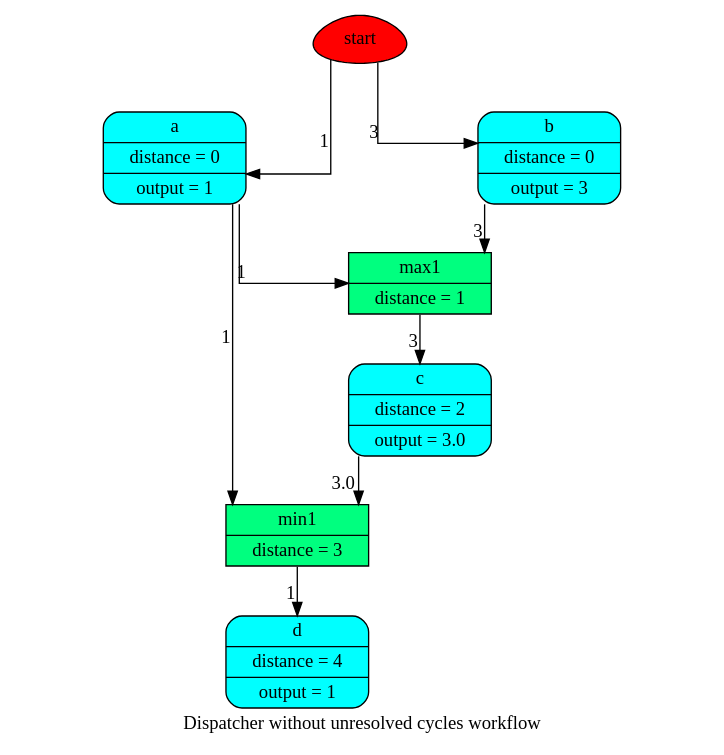
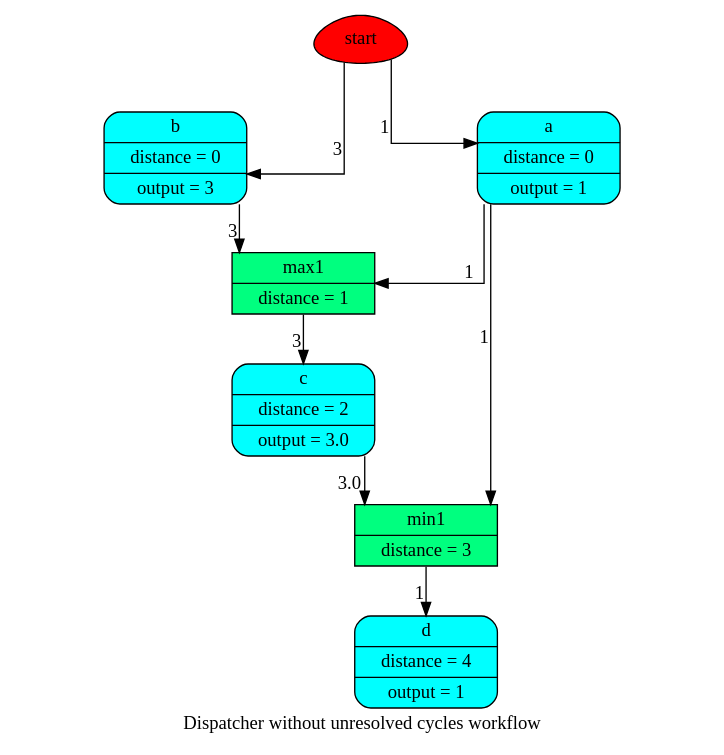
One commit to vinci1it2000/schedula changed the diagram in doc/dispatcher/__init__/remove_cycles/wf_rm_cycles.dot. Above: the diagram before and after it, drawn with Graphviz. The commit also changed 26 other files, not shown here.

```diff
--- a/doc/dispatcher/__init__/remove_cycles/wf_rm_cycles.dot
+++ b/doc/dispatcher/__init__/remove_cycles/wf_rm_cycles.dot
@@ -1,21 +1,21 @@
 digraph "Dispatcher without unresolved cycles" {
 	graph [ratio=1]
 	node [style=filled]
+	splines = ortho
 	label = "Dispatcher without unresolved cycles workflow"
-	splines = ortho
-		"Dispatcher without unresolved cycles_4372619576" [label=start fillcolor=red shape=egg]
-		"Dispatcher without unresolved cycles_483858525469303520" [label="{ a | distance = 0 | output = 1 }" fillcolor=cyan shape=Mrecord]
-		"Dispatcher without unresolved cycles_-6823583014979401292" [label="{ min1 | distance = 3 }" fillcolor=springgreen shape=record]
-		"Dispatcher without unresolved cycles_-8490501165579404505" [label="{ b | distance = 0 | output = 3 }" fillcolor=cyan shape=Mrecord]
-		"Dispatcher without unresolved cycles_2483061293966101162" [label="{ c | distance = 2 | output = 3.0 }" fillcolor=cyan shape=Mrecord]
-		"Dispatcher without unresolved cycles_-4481680193965843537" [label="{ d | distance = 4 | output = 1 }" fillcolor=cyan shape=Mrecord]
-		"Dispatcher without unresolved cycles_-3390000628973274625" [label="{ max1 | distance = 1 }" fillcolor=springgreen shape=record]
-			"Dispatcher without unresolved cycles_483858525469303520" -> "Dispatcher without unresolved cycles_-6823583014979401292" [xlabel=1]
-			"Dispatcher without unresolved cycles_483858525469303520" -> "Dispatcher without unresolved cycles_-3390000628973274625" [xlabel=1]
-			"Dispatcher without unresolved cycles_-6823583014979401292" -> "Dispatcher without unresolved cycles_-4481680193965843537" [xlabel=1]
-			"Dispatcher without unresolved cycles_-8490501165579404505" -> "Dispatcher without unresolved cycles_-3390000628973274625" [xlabel=3]
-			"Dispatcher without unresolved cycles_4372619576" -> "Dispatcher without unresolved cycles_483858525469303520" [xlabel=1]
-			"Dispatcher without unresolved cycles_4372619576" -> "Dispatcher without unresolved cycles_-8490501165579404505" [xlabel=3]
-			"Dispatcher without unresolved cycles_2483061293966101162" -> "Dispatcher without unresolved cycles_-6823583014979401292" [xlabel=3.0]
-			"Dispatcher without unresolved cycles_-3390000628973274625" -> "Dispatcher without unresolved cycles_2483061293966101162" [xlabel=3]
+		"Dispatcher without unresolved cycles_4373676344" [label=start fillcolor=red shape=egg]
+		"Dispatcher without unresolved cycles_-4863238121632644504" [label="{ b | distance = 0 | output = 3 }" fillcolor=cyan shape=Mrecord]
+		"Dispatcher without unresolved cycles_-5827508458787275582" [label="{ max1 | distance = 1 }" fillcolor=springgreen shape=record]
+		"Dispatcher without unresolved cycles_-7525193253846915964" [label="{ c | distance = 2 | output = 3.0 }" fillcolor=cyan shape=Mrecord]
+		"Dispatcher without unresolved cycles_2204486394149653195" [label="{ d | distance = 4 | output = 1 }" fillcolor=cyan shape=Mrecord]
+		"Dispatcher without unresolved cycles_5281915415694126460" [label="{ a | distance = 0 | output = 1 }" fillcolor=cyan shape=Mrecord]
+		"Dispatcher without unresolved cycles_-2659136634860784578" [label="{ min1 | distance = 3 }" fillcolor=springgreen shape=record]
+			"Dispatcher without unresolved cycles_-4863238121632644504" -> "Dispatcher without unresolved cycles_-5827508458787275582" [xlabel=3]
+			"Dispatcher without unresolved cycles_-5827508458787275582" -> "Dispatcher without unresolved cycles_-7525193253846915964" [xlabel=3]
+			"Dispatcher without unresolved cycles_-7525193253846915964" -> "Dispatcher without unresolved cycles_-2659136634860784578" [xlabel=3.0]
+			"Dispatcher without unresolved cycles_4373676344" -> "Dispatcher without unresolved cycles_-4863238121632644504" [xlabel=3]
+			"Dispatcher without unresolved cycles_4373676344" -> "Dispatcher without unresolved cycles_5281915415694126460" [xlabel=1]
+			"Dispatcher without unresolved cycles_5281915415694126460" -> "Dispatcher without unresolved cycles_-5827508458787275582" [xlabel=1]
+			"Dispatcher without unresolved cycles_5281915415694126460" -> "Dispatcher without unresolved cycles_-2659136634860784578" [xlabel=1]
+			"Dispatcher without unresolved cycles_-2659136634860784578" -> "Dispatcher without unresolved cycles_2204486394149653195" [xlabel=1]
 }
```
